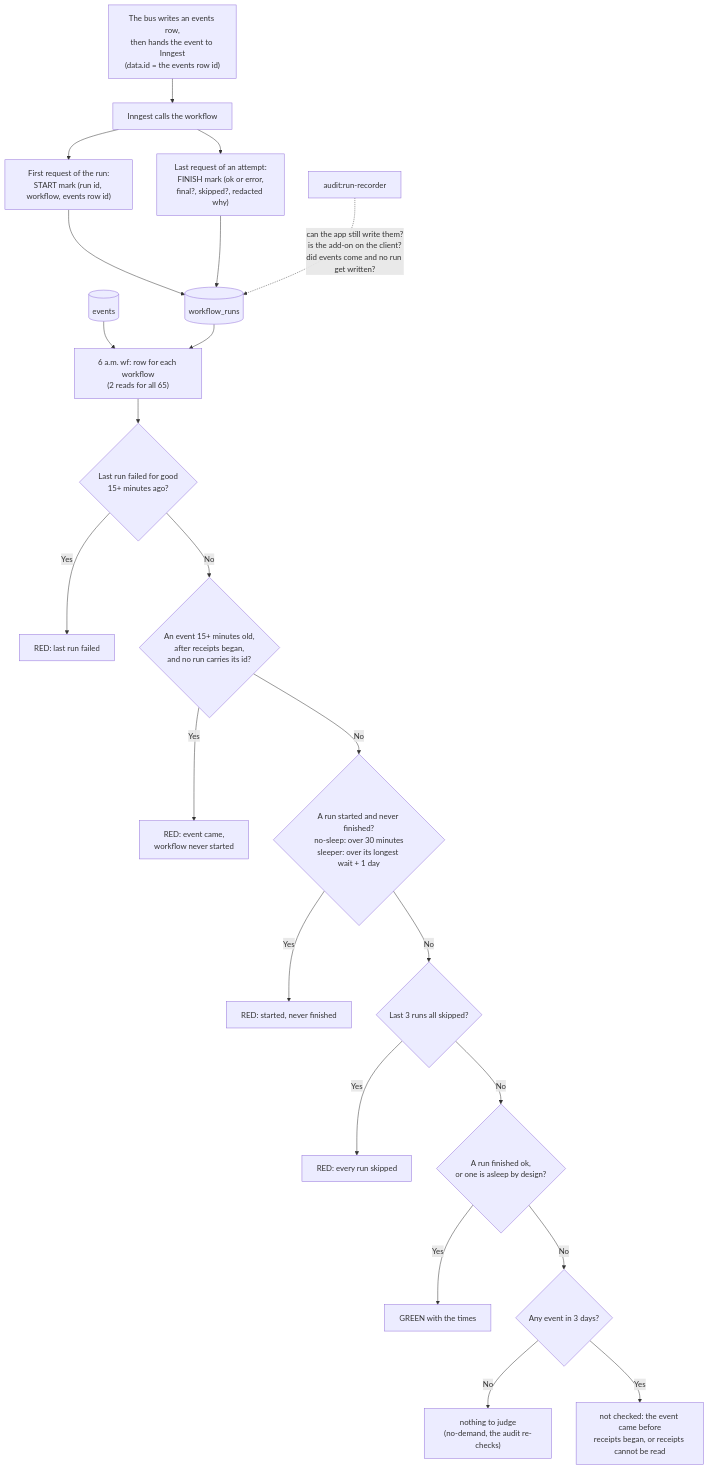
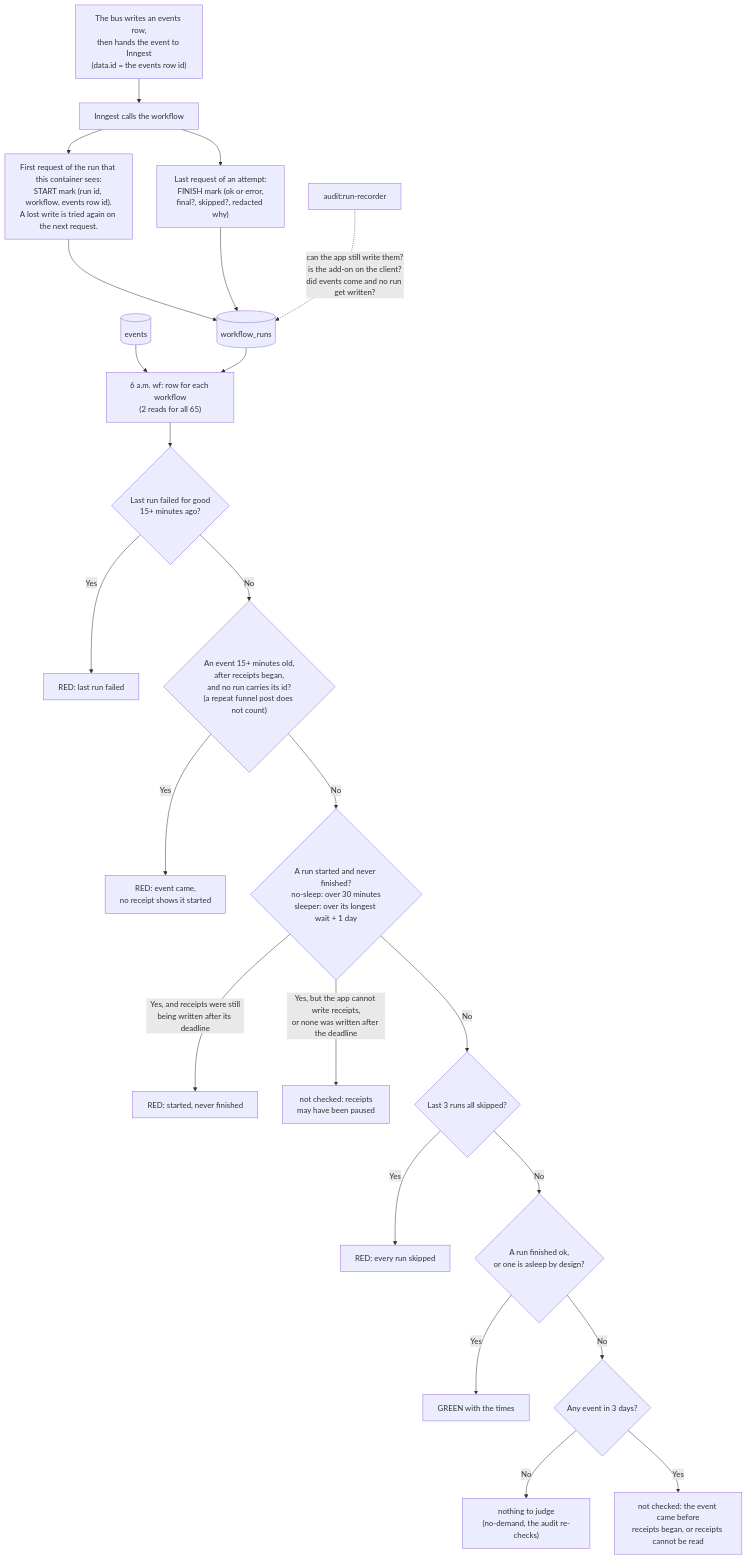
The third of 4 diagrams in docs/journeys/heartbeat-flow.md (ZootimusMaximusSupreme/fundhub-platform), drawn with Mermaid before and after one commit. The commit also changed other lines of this file and 9 other files, not shown here.

Commit message:
Zero not-checked, Ship 2 (piece R), round 2 repairs: repeat funnel posts no longer read as never started; a lost start mark is retried on the next request; lost-run red only when receipts were still being written; wider redaction; Arizona time; retry aging; new real-Postgres test file.

````diff
--- a/docs/journeys/heartbeat-flow.md
+++ b/docs/journeys/heartbeat-flow.md
@@ -100,24 +100,25 @@
 ```mermaid
 flowchart TD
     BUS["The bus writes an events row,<br/>then hands the event to Inngest<br/>(data.id = the events row id)"] --> RUN["Inngest calls the workflow"]
-    RUN --> START["First request of the run:<br/>START mark (run id, workflow, events row id)"]
+    RUN --> START["First request of the run that this container sees:<br/>START mark (run id, workflow, events row id).<br/>A lost write is tried again on the next request."]
     RUN --> FINISH["Last request of an attempt:<br/>FINISH mark (ok or error,<br/>final?, skipped?, redacted why)"]
     START --> TBL[("workflow_runs")]
     FINISH --> TBL
     EVT[("events")] --> WF
     TBL --> WF["6 a.m. wf: row for each workflow<br/>(2 reads for all 65)"]
     WF --> R1{"Last run failed for good<br/>15+ minutes ago?"}
     R1 -->|Yes| RED1["RED: last run failed"]
-    R1 -->|No| R2{"An event 15+ minutes old,<br/>after receipts began,<br/>and no run carries its id?"}
-    R2 -->|Yes| RED2["RED: event came,<br/>workflow never started"]
+    R1 -->|No| R2{"An event 15+ minutes old,<br/>after receipts began,<br/>and no run carries its id?<br/>(a repeat funnel post does not count)"}
+    R2 -->|Yes| RED2["RED: event came,<br/>no receipt shows it started"]
     R2 -->|No| R3{"A run started and never finished?<br/>no-sleep: over 30 minutes<br/>sleeper: over its longest wait + 1 day"}
-    R3 -->|Yes| RED3["RED: started, never finished"]
+    R3 -->|"Yes, and receipts were still<br/>being written after its deadline"| RED3["RED: started, never finished"]
+    R3 -->|"Yes, but the app cannot write receipts,<br/>or none was written after the deadline"| SK2["not checked: receipts<br/>may have been paused"]
     R3 -->|No| R4{"Last 3 runs all skipped?"}
     R4 -->|Yes| RED4["RED: every run skipped"]
     R4 -->|No| R5{"A run finished ok,<br/>or one is asleep by design?"}
     R5 -->|Yes| GREEN["GREEN with the times"]
     R5 -->|No| R6{"Any event in 3 days?"}
     R6 -->|No| NA["nothing to judge<br/>(no-demand, the audit re-checks)"]
     R6 -->|Yes| SK["not checked: the event came before<br/>receipts began, or receipts cannot be read"]
     AUD["audit:run-recorder"] -.->|can the app still write them?<br/>is the add-on on the client?<br/>did events come and no run get written?| TBL
 ```
````
